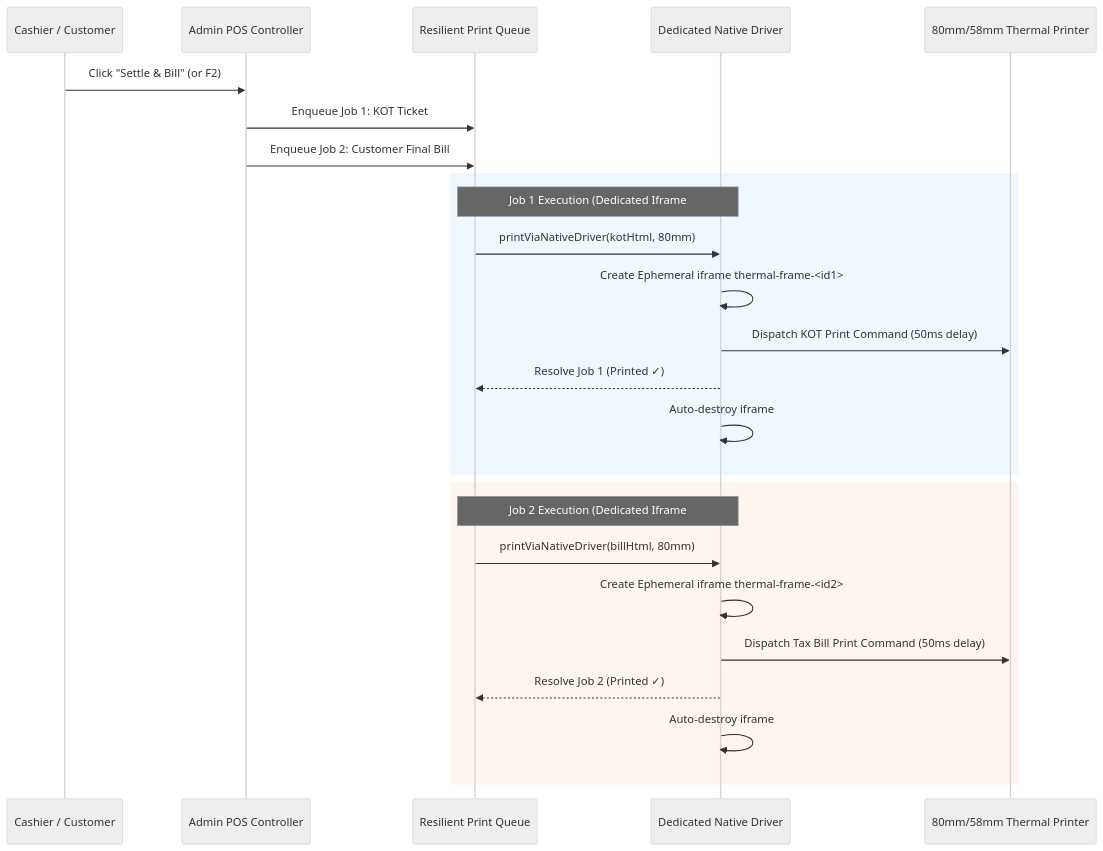
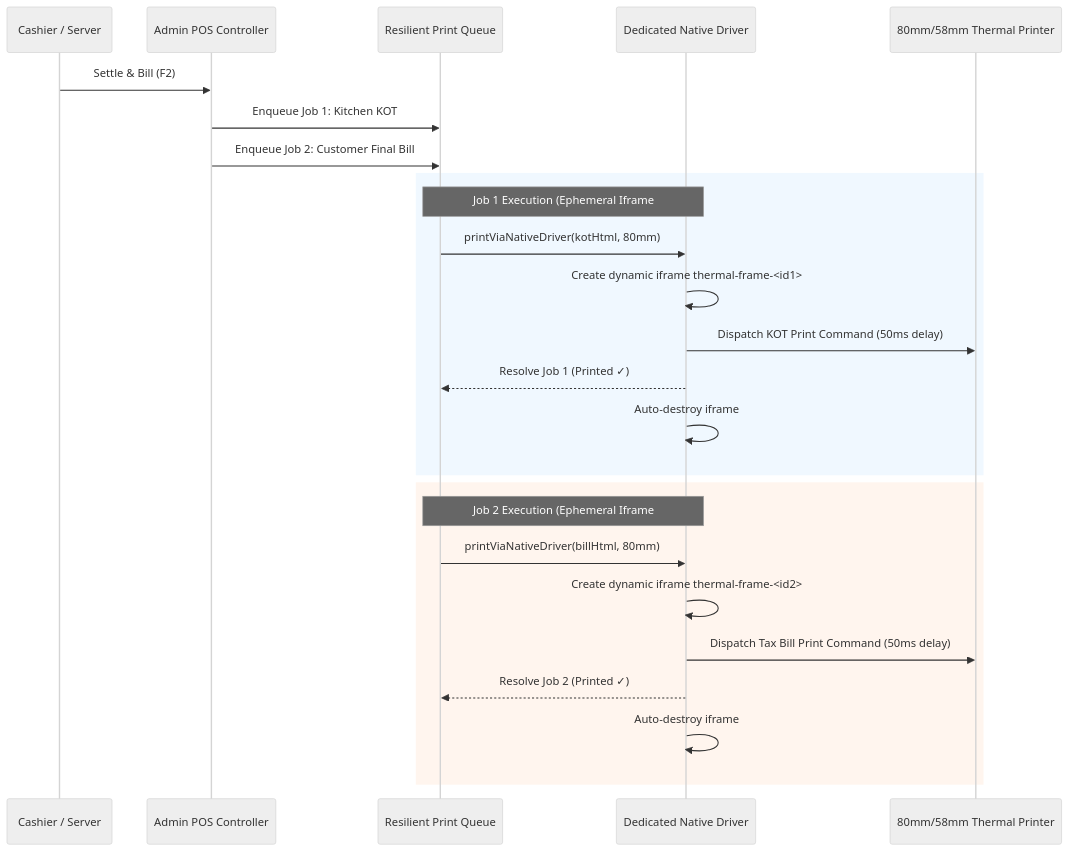
The third of 3 diagrams in README.md (arfat87/E-COMMERSE-LIMRA-website), drawn with Mermaid (neutral theme) before and after one commit. The commit also changed other lines of this file and 115 other files, not shown here.

````diff
--- a/README.md
+++ b/README.md
@@ -445,30 +306,30 @@
 ```mermaid
 sequenceDiagram
-    participant User as Cashier / Customer
+    participant User as Cashier / Server
     participant POS as Admin POS Controller
     participant Queue as Resilient Print Queue
     participant Driver as Dedicated Native Driver
     participant Printer as 80mm/58mm Thermal Printer
 
-    User->>POS: Click "Settle & Bill" (or F2)
-    POS->>Queue: Enqueue Job 1: KOT Ticket
+    User->>POS: Settle & Bill (F2)
+    POS->>Queue: Enqueue Job 1: Kitchen KOT
     POS->>Queue: Enqueue Job 2: Customer Final Bill
     
     rect rgb(240, 248, 255)
-        Note over Queue,Driver: Job 1 Execution (Dedicated Iframe #1)
+        Note over Queue,Driver: Job 1 Execution (Ephemeral Iframe #1)
         Queue->>Driver: printViaNativeDriver(kotHtml, 80mm)
-        Driver->>Driver: Create Ephemeral iframe thermal-frame-<id1>
+        Driver->>Driver: Create dynamic iframe thermal-frame-<id1>
         Driver->>Printer: Dispatch KOT Print Command (50ms delay)
         Driver-->>Queue: Resolve Job 1 (Printed ✓)
         Driver->>Driver: Auto-destroy iframe #1
     end
 
     rect rgb(255, 245, 238)
-        Note over Queue,Driver: Job 2 Execution (Dedicated Iframe #2)
+        Note over Queue,Driver: Job 2 Execution (Ephemeral Iframe #2)
         Queue->>Driver: printViaNativeDriver(billHtml, 80mm)
-        Driver->>Driver: Create Ephemeral iframe thermal-frame-<id2>
+        Driver->>Driver: Create dynamic iframe thermal-frame-<id2>
         Driver->>Printer: Dispatch Tax Bill Print Command (50ms delay)
         Driver-->>Queue: Resolve Job 2 (Printed ✓)
         Driver->>Driver: Auto-destroy iframe #2
     end
 ```
````
